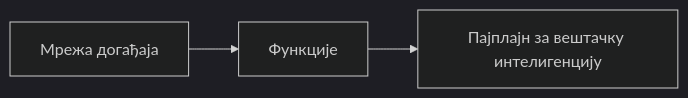
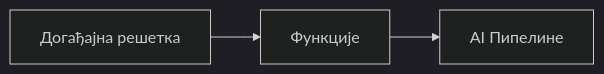
Before and after one commit to microsoft/AZD-for-beginners: the second of 2 diagrams in translations/sr/docs/chapter-08-production/README.md, drawn with Mermaid (dark theme). The commit also changed other lines of this file and 3 other files, not shown here.

````diff
--- a/translations/sr/docs/chapter-08-production/README.md
+++ b/translations/sr/docs/chapter-08-production/README.md
@@ -57,4 +57,4 @@
 ```mermaid
 graph LR
-    EventGrid[Мрежа догађаја] --> Functions[Функције] --> Pipeline[Пајплајн за вештачку интелигенцију]
+    EventGrid[Догађајна решетка] --> Functions[Функције] --> Pipeline[AI Пипелине]
 ```
````
